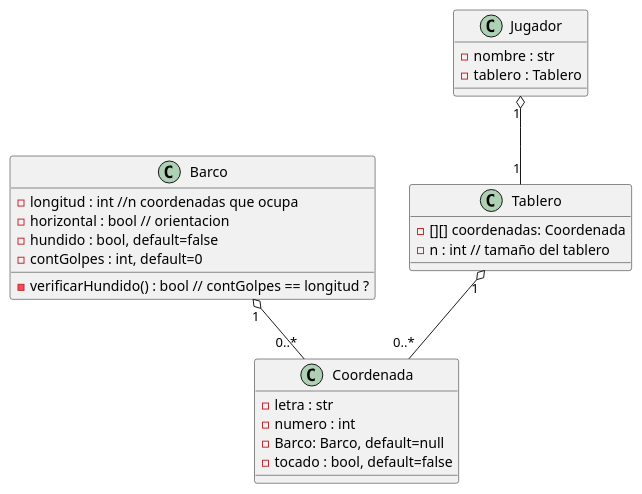
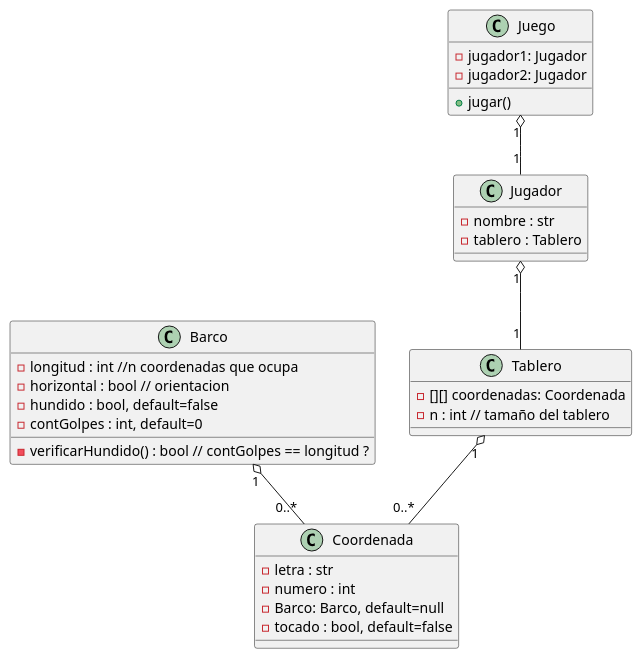
The diagram in docs/diagram_v-review.wsd (santiago6124/ProyectoFinalProg2), drawn with PlantUML before and after one commit.

```diff
--- a/docs/diagram_v-review.wsd
+++ b/docs/diagram_v-review.wsd
@@ -1,36 +1,44 @@
 @startuml
 
 class Tablero {
     - [][] coordenadas: Coordenada
     - n : int // tamaño del tablero
 }
 
 class Coordenada {
     - letra : str
     - numero : int
     - Barco: Barco, default=null
     - tocado : bool, default=false
 }
 
 Tablero "1" o-- "0..*" Coordenada
 
 class Barco {
     - longitud : int //n coordenadas que ocupa
     - horizontal : bool // orientacion
     - hundido : bool, default=false
     - contGolpes : int, default=0
     - verificarHundido() : bool // contGolpes == longitud ?
 }
 
 Barco "1" o-- "0..*" Coordenada
 
 class Jugador {
     - nombre : str
     - tablero : Tablero
     ' - [] barcos : Barco
     ' - [] disparos : Coordenada
 }
 
 Jugador "1" o-- "1" Tablero
 
+class Juego {
+    - jugador1: Jugador
+    - jugador2: Jugador
+    + jugar()
+}
+
+Juego "1" o-- "1" Jugador
+
 @enduml
```
